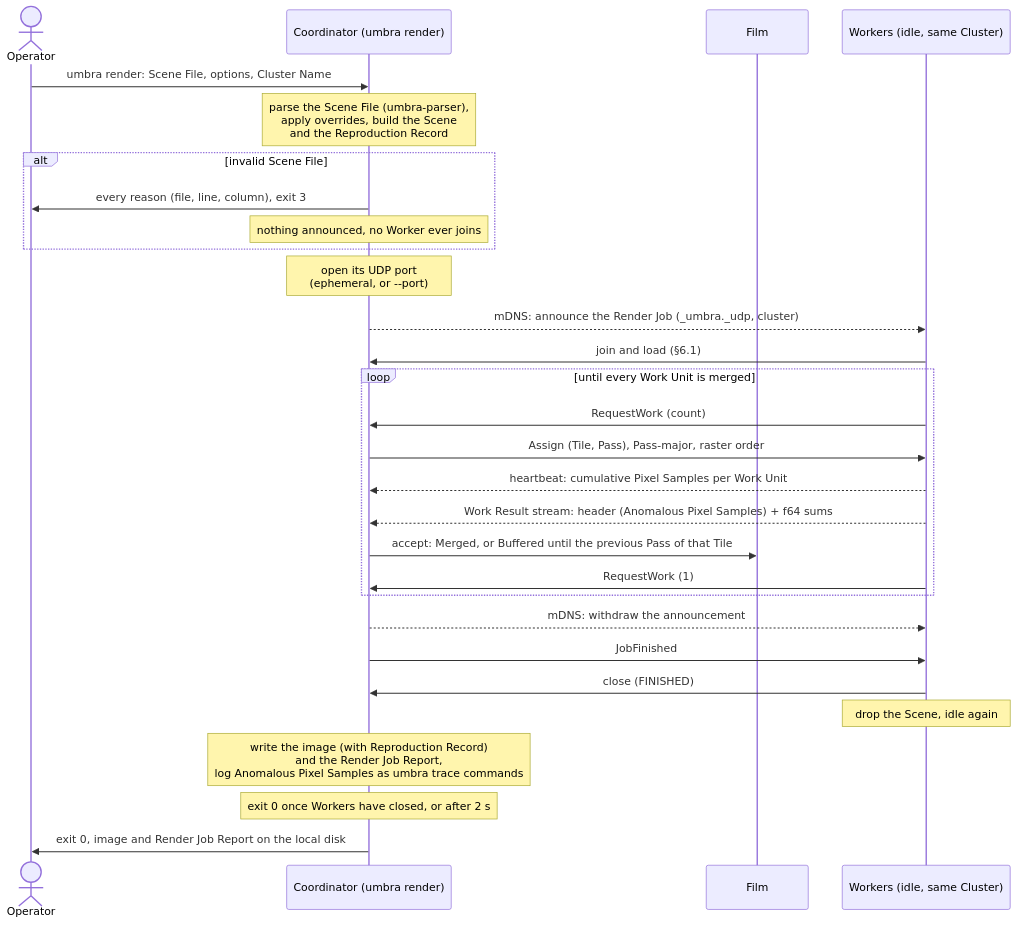
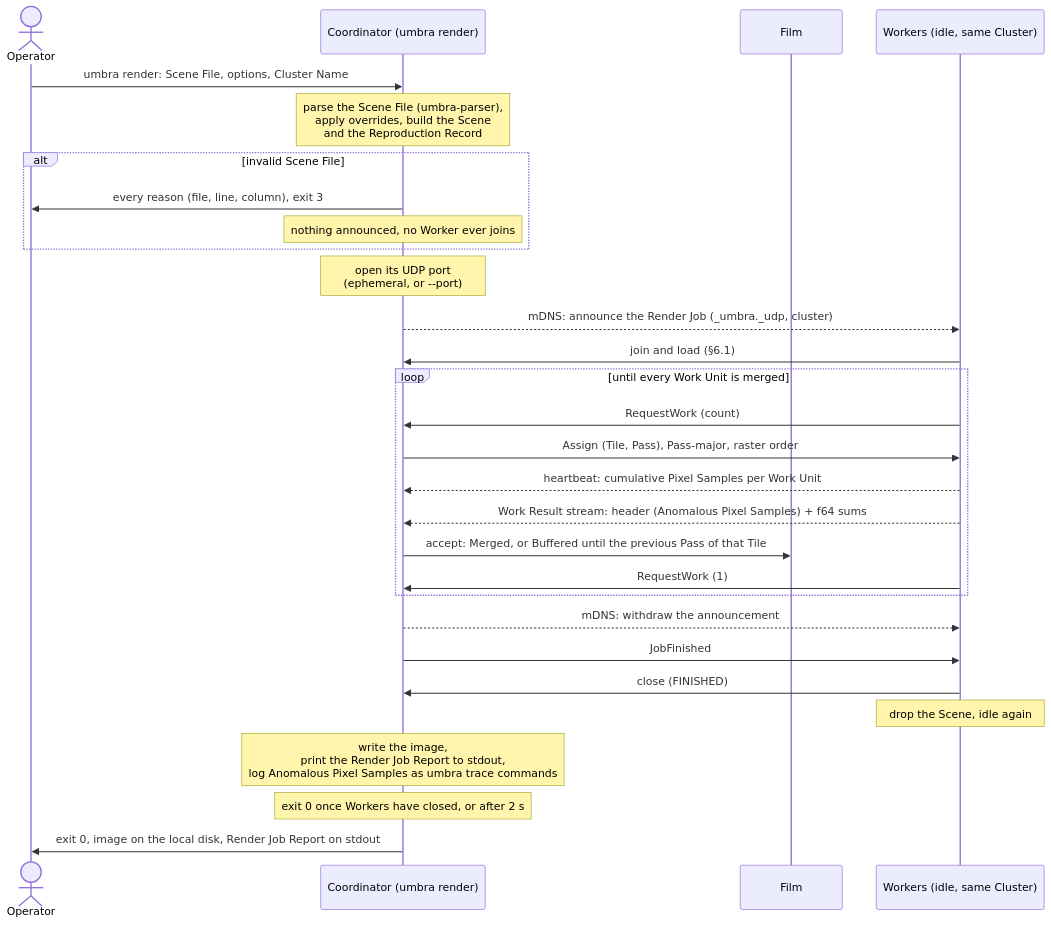
The second of 6 diagrams in docs/architecture/06-runtime-view.md (sergioffpc/umbra), drawn with Mermaid before and after one commit. The commit also changed other lines of this file and 7 other files, not shown here.

First line of the commit message:
docs: describe the Render Job Report as text on stdout, not JSON

````diff
--- a/docs/architecture/06-runtime-view.md
+++ b/docs/architecture/06-runtime-view.md
@@ -52,31 +52,31 @@
 ```mermaid
 sequenceDiagram
     actor O as Operator
     participant C as Coordinator (umbra render)
     participant F as Film
     participant W as Workers (idle, same Cluster)
     O->>C: umbra render: Scene File, options, Cluster Name
     Note over C: parse the Scene File (umbra-parser),<br/>apply overrides, build the Scene<br/>and the Reproduction Record
     alt invalid Scene File
         C->>O: every reason (file, line, column), exit 3
         Note over C: nothing announced, no Worker ever joins
     end
     Note over C: open its UDP port<br/>(ephemeral, or --port)
     C-->>W: mDNS: announce the Render Job (_umbra._udp, cluster)
     W->>C: join and load (§6.1)
     loop until every Work Unit is merged
         W->>C: RequestWork (count)
         C->>W: Assign (Tile, Pass), Pass-major, raster order
         W-->>C: heartbeat: cumulative Pixel Samples per Work Unit
         W-->>C: Work Result stream: header (Anomalous Pixel Samples) + f64 sums
         C->>F: accept: Merged, or Buffered until the previous Pass of that Tile
         W->>C: RequestWork (1)
     end
     C-->>W: mDNS: withdraw the announcement
     C->>W: JobFinished
     W->>C: close (FINISHED)
     Note over W: drop the Scene, idle again
-    Note over C: write the image (with Reproduction Record)<br/>and the Render Job Report,<br/>log Anomalous Pixel Samples as umbra trace commands
+    Note over C: write the image,<br/>print the Render Job Report to stdout,<br/>log Anomalous Pixel Samples as umbra trace commands
     Note over C: exit 0 once Workers have closed, or after 2 s
-    C->>O: exit 0, image and Render Job Report on the local disk
+    C->>O: exit 0, image on the local disk, Render Job Report on stdout
 ```
````
